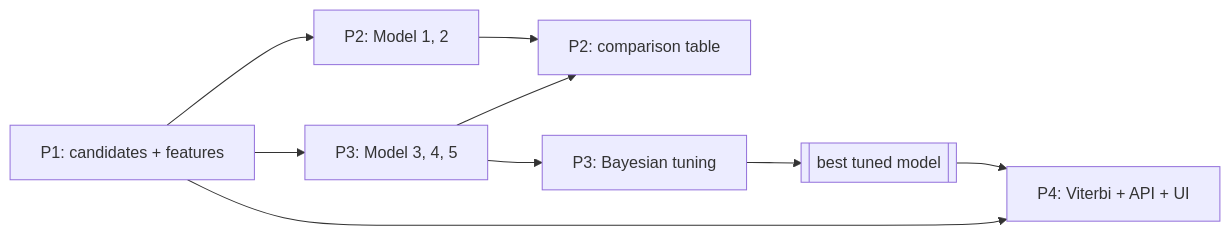
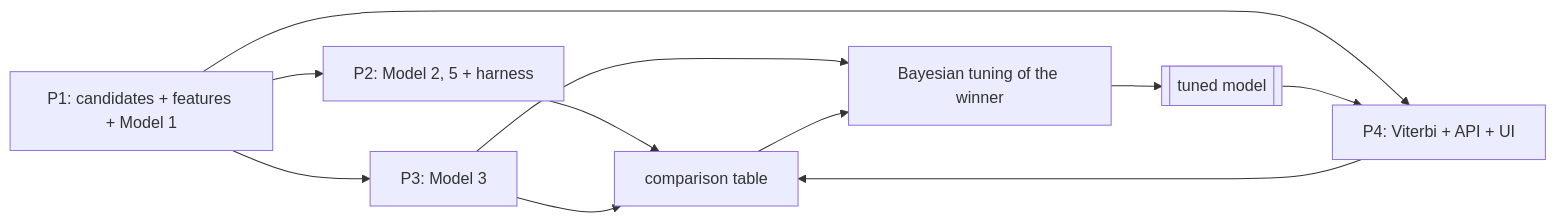
The diagram in docs/TEAM_PLAN.md (Kishanks43/pathsnap), drawn with Mermaid before and after one commit. The commit also changed other lines of this file and 31 other files, not shown here.

First line of the commit message:
feat(P1): candidate generation, features, labels, EDA and revised model split

````diff
--- a/docs/TEAM_PLAN.md
+++ b/docs/TEAM_PLAN.md
@@ -25,11 +48,13 @@
 ```mermaid
 flowchart LR
-  P1[P1: candidates + features] --> P2[P2: Model 1, 2]
-  P1 --> P3[P3: Model 3, 4, 5]
-  P2 --> CMP[P2: comparison table]
+  P1[P1: candidates + features + Model 1] --> P2[P2: Model 2, 5 + harness]
+  P1 --> P3[P3: Model 3]
+  P1 --> P4[P4: Model 4]
+  P2 --> CMP[comparison table]
   P3 --> CMP
-  P3 --> BO[P3: Bayesian tuning]
-  BO --> FINAL[[best tuned model]]
+  P4 --> CMP
+  P3 --> BO[Bayesian tuning of the winner]
+  CMP --> BO
+  BO --> FINAL[[tuned model]]
   FINAL --> P4[P4: Viterbi + API + UI]
-  P1 --> P4
 ```
````
